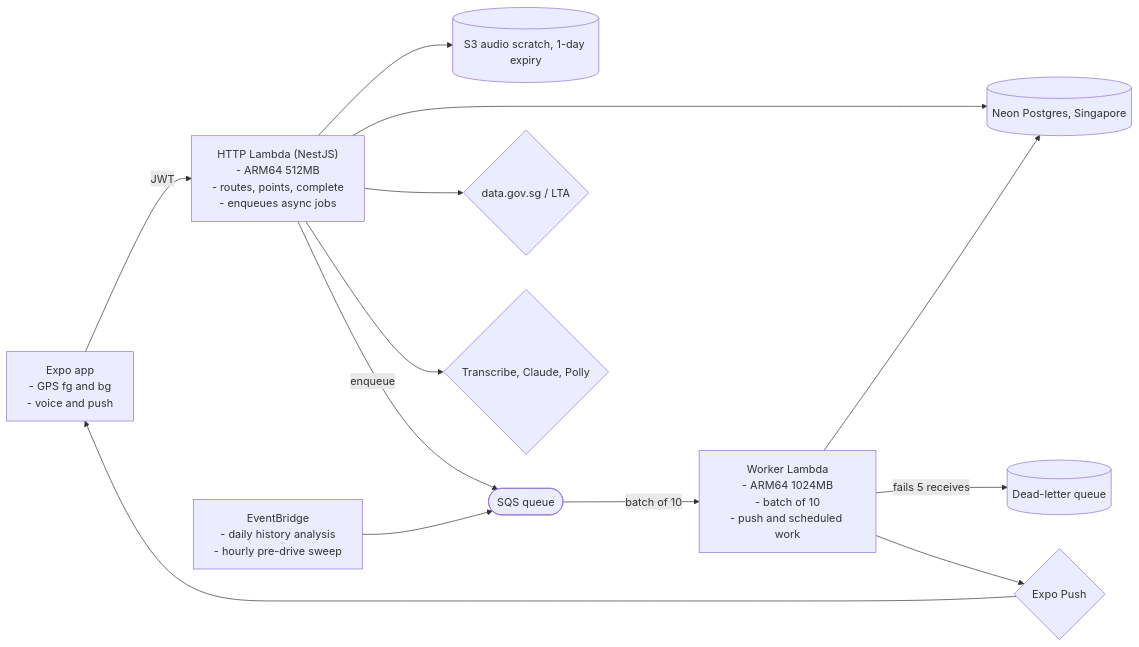
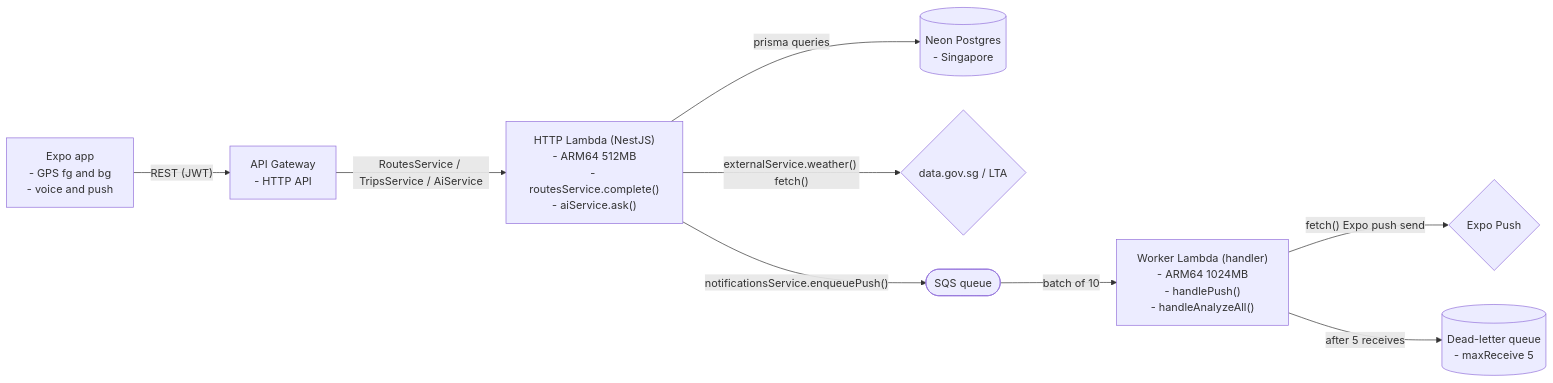
The sixth of 6 diagrams in README.md (elleskay/drivebuddy), drawn with Mermaid before and after one commit. The commit also changed other lines of this file and 94 other files, not shown here.

````diff
--- a/README.md
+++ b/README.md
@@ -382,26 +352,11 @@
 ```mermaid
 flowchart LR
-  App["Expo app<br/>- GPS fg and bg<br/>- voice and push"]
-  API["HTTP Lambda (NestJS)<br/>- ARM64 512MB<br/>- routes, points, complete<br/>- enqueues async jobs"]
-  Worker["Worker Lambda<br/>- ARM64 1024MB<br/>- batch of 10<br/>- push and scheduled work"]
-  Neon[("Neon Postgres, Singapore")]
-  S3[("S3 audio scratch, 1-day expiry")]
-  DLQ[("Dead-letter queue")]
-  SQS(["SQS queue"])
-  EB["EventBridge<br/>- daily history analysis<br/>- hourly pre-drive sweep"]
-  LTA{"data.gov.sg / LTA"}
-  AI{"Transcribe, Claude, Polly"}
-  Push{"Expo Push"}
-  App -->|JWT| API
-  API --> Neon
-  API --> LTA
-  API --> S3
-  API --> AI
-  API -->|enqueue| SQS
-  EB --> SQS
-  SQS -->|"batch of 10"| Worker
-  Worker -->|"fails 5 receives"| DLQ
-  Worker --> Neon
-  Worker --> Push
-  Push --> App
+  App["Expo app<br/>- GPS fg and bg<br/>- voice and push"] -->|"REST (JWT)"| APIGW["API Gateway<br/>- HTTP API"]
+  APIGW -->|"RoutesService / TripsService / AiService"| HTTP["HTTP Lambda (NestJS)<br/>- ARM64 512MB<br/>- routesService.complete()<br/>- aiService.ask()"]
+  HTTP -->|"prisma queries"| Neon[("Neon Postgres<br/>- Singapore")]
+  HTTP -->|"externalService.weather() fetch()"| Ext{"data.gov.sg / LTA"}
+  HTTP -->|"notificationsService.enqueuePush()"| SQS(["SQS queue"])
+  SQS -->|"batch of 10"| Worker["Worker Lambda (handler)<br/>- ARM64 1024MB<br/>- handlePush()<br/>- handleAnalyzeAll()"]
+  Worker -->|"fetch() Expo push send"| Push{"Expo Push"}
+  Worker -->|"after 5 receives"| DLQ[("Dead-letter queue<br/>- maxReceive 5")]
 ```
````
